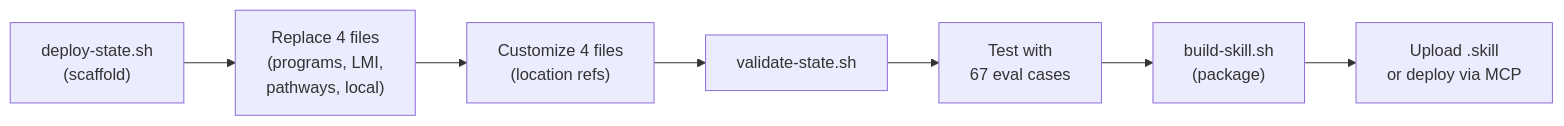
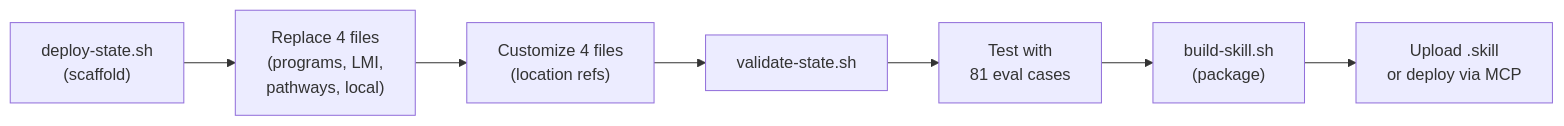
One commit to dougdevitre/access-to-jobs changed the fourth of 4 diagrams in README.md. Above: the diagram before and after it, drawn with Mermaid. The commit also changed other lines of this file and 6 other files, not shown here.

````diff
--- a/README.md
+++ b/README.md
@@ -186,9 +208,9 @@
 ```mermaid
 flowchart LR
     A["deploy-state.sh\n(scaffold)"] --> B["Replace 4 files\n(programs, LMI,\npathways, local)"]
     B --> C["Customize 4 files\n(location refs)"]
     C --> D["validate-state.sh"]
-    D --> E["Test with\n67 eval cases"]
+    D --> E["Test with\n81 eval cases"]
     E --> F["build-skill.sh\n(package)"]
     F --> G["Upload .skill\nor deploy via MCP"]
 ```
````
